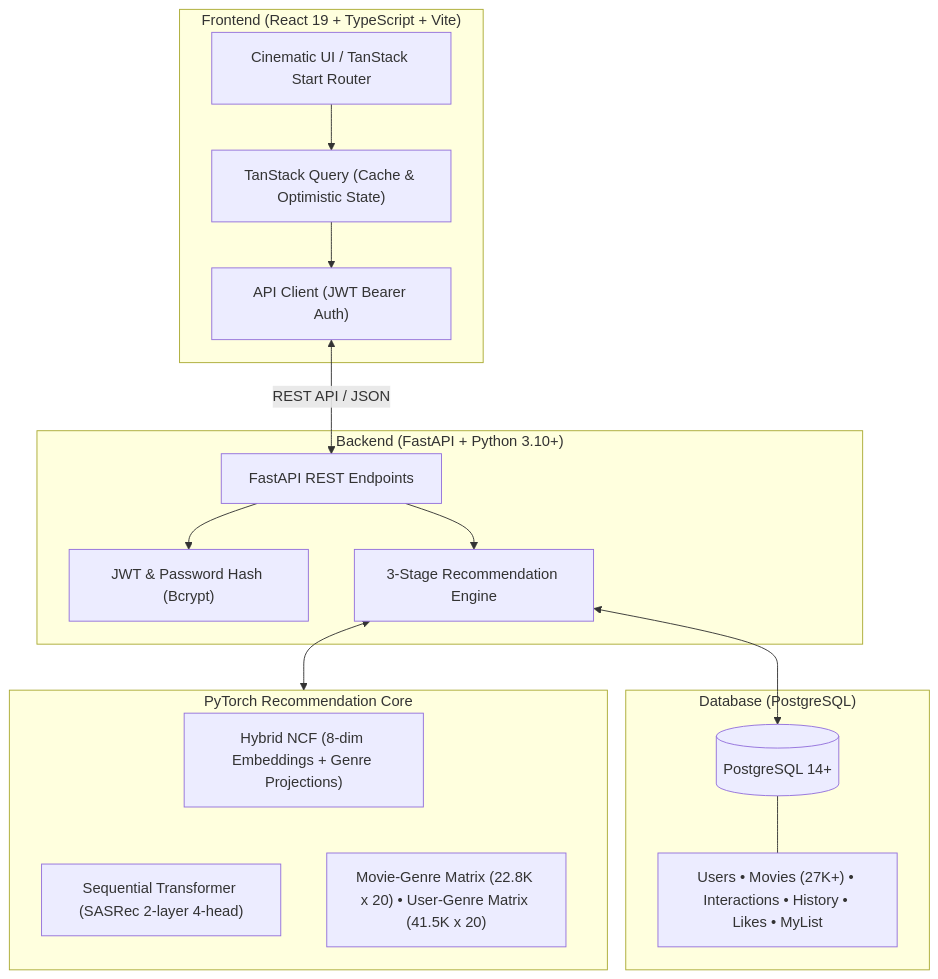
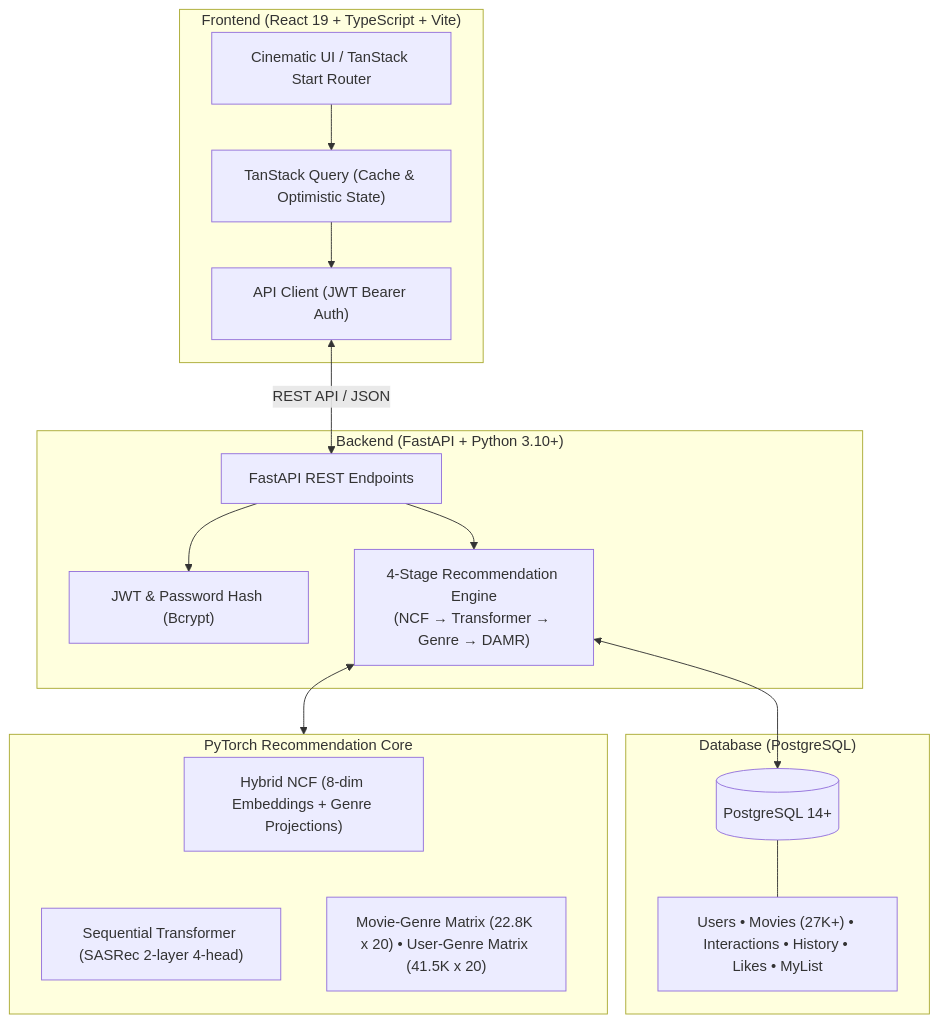
Before and after one commit to techvoyager-varun/Filmory: the diagram in README.md, drawn with Mermaid. The commit also changed other lines of this file and 21 other files, not shown here.

````diff
--- a/README.md
+++ b/README.md
@@ -55,36 +61,36 @@
 ```mermaid
 flowchart TB
     subgraph Frontend["Frontend (React 19 + TypeScript + Vite)"]
         UI["Cinematic UI / TanStack Start Router"]
         TQ["TanStack Query (Cache & Optimistic State)"]
         API_C["API Client (JWT Bearer Auth)"]
     end
 
     subgraph Backend["Backend (FastAPI + Python 3.10+)"]
         API["FastAPI REST Endpoints"]
         AUTH["JWT & Password Hash (Bcrypt)"]
-        REC_ENG["3-Stage Recommendation Engine"]
+        REC_ENG["4-Stage Recommendation Engine<br/>(NCF → Transformer → Genre → DAMR)"]
     end
 
     subgraph Database["Database (PostgreSQL)"]
         PG[("PostgreSQL 14+")]
         TABLES["Users • Movies (27K+) • Interactions • History • Likes • MyList"]
     end
 
     subgraph ML["PyTorch Recommendation Core"]
         NCF["Hybrid NCF (8-dim Embeddings + Genre Projections)"]
         TRANS["Sequential Transformer (SASRec 2-layer 4-head)"]
         MATRICES["Movie-Genre Matrix (22.8K x 20) • User-Genre Matrix (41.5K x 20)"]
     end
 
     UI --> TQ --> API_C
     API_C <-->|REST API / JSON| API
     API --> AUTH
     API --> REC_ENG
     REC_ENG <--> PG
     REC_ENG <--> ML
     PG --- TABLES
     ML --- NCF
     ML --- TRANS
     ML --- MATRICES
 ```
````
